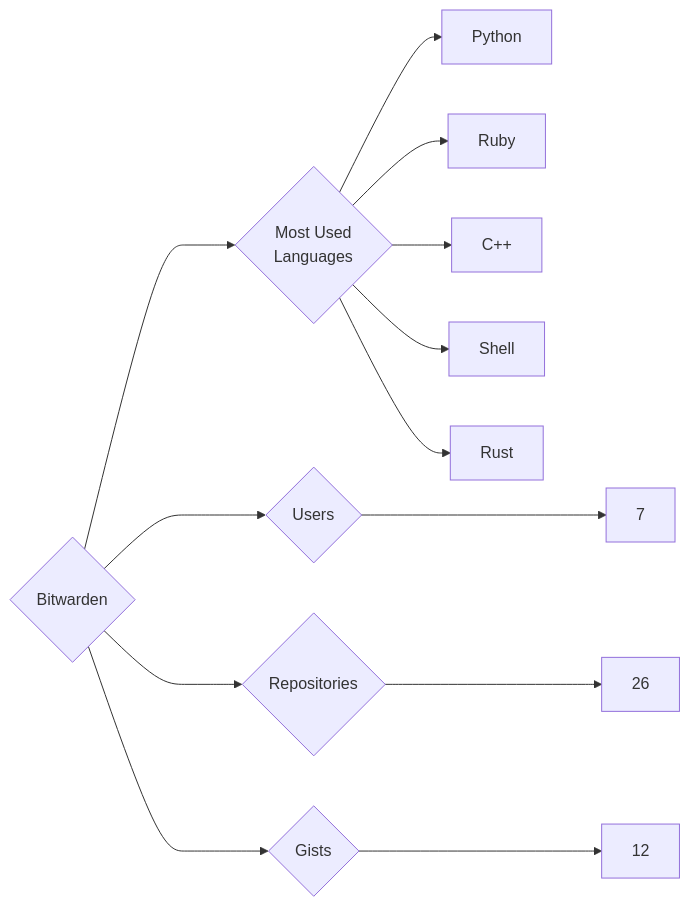
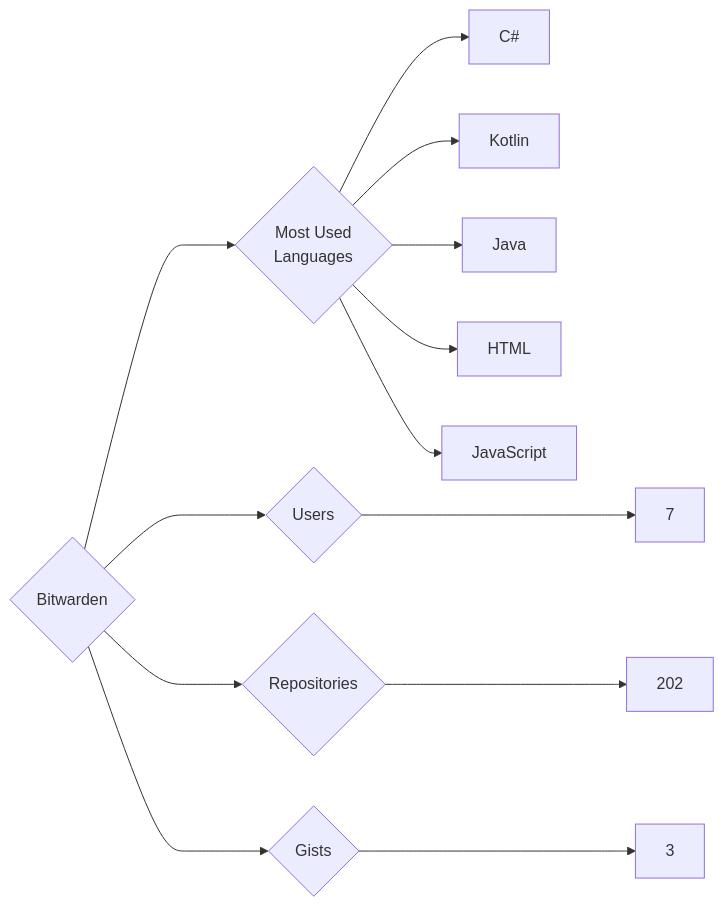
The diagram in targets/Bitwarden/README.md (trickest/insiders), drawn with Mermaid before and after one commit. The commit also changed 993 other files, not shown here.

````diff
--- a/targets/Bitwarden/README.md
+++ b/targets/Bitwarden/README.md
@@ -3,13 +3,13 @@
 ```mermaid
 graph LR
 COMPANY_NAME{Bitwarden}
 COMPANY_NAME ---> U{Users} ---> UN[7]
-COMPANY_NAME ---> R{Repositories} ---> RN[26]
-COMPANY_NAME ---> G{Gists} ---> GN[12]
+COMPANY_NAME ---> R{Repositories} ---> RN[202]
+COMPANY_NAME ---> G{Gists} ---> GN[3]
 COMPANY_NAME ---> ML{Most Used<br>Languages}
-ML --> Python[Python]
-ML --> Ruby[Ruby]
-ML --> C++[C++]
-ML --> Shell[Shell]
-ML --> Rust[Rust]
+ML --> C#[C#]
+ML --> Kotlin[Kotlin]
+ML --> Java[Java]
+ML --> HTML[HTML]
+ML --> JavaScript[JavaScript]
 ```
````
